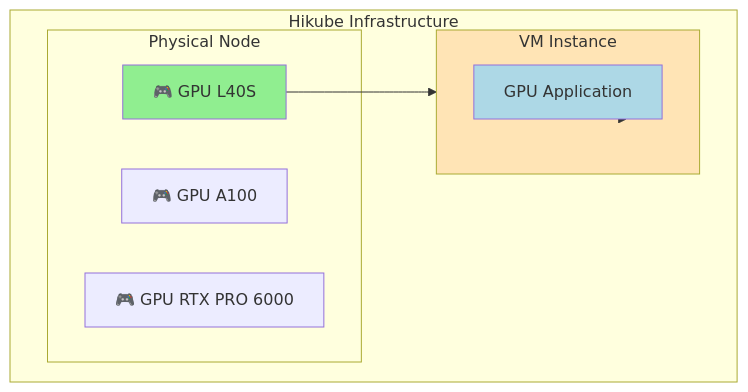
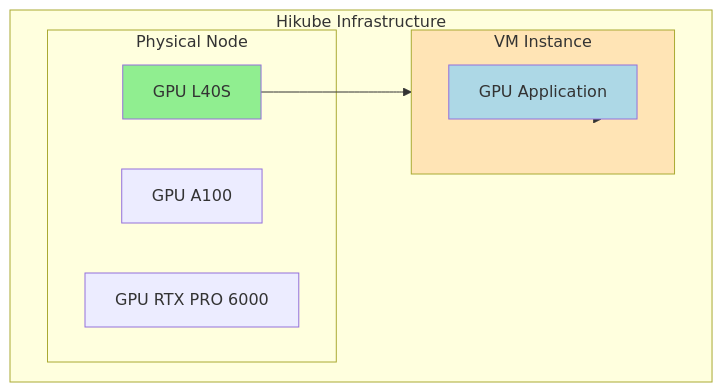
One commit to HidoraSwiss/hikube-public-doc changed the first of 2 diagrams in i18n/en/docusaurus-plugin-content-docs/current/services/gpu/overview.md. Above: the diagram before and after it, drawn with Mermaid. The commit also changed other lines of this file and 142 other files, not shown here.

First line of the commit message:
docs: retirer tous les emojis (titres, encadrés, tableaux, diagrammes)

````diff
--- a/i18n/en/docusaurus-plugin-content-docs/current/services/gpu/overview.md
+++ b/i18n/en/docusaurus-plugin-content-docs/current/services/gpu/overview.md
@@ -71,21 +71,21 @@
 ```mermaid
 flowchart TD
     subgraph HIKUBE["Hikube Infrastructure"]
         subgraph NODE["Physical Node"]
-            GPU1["🎮 GPU L40S"]
-            GPU2["🎮 GPU A100"]
-            GPU3["🎮 GPU RTX PRO 6000"]
+            GPU1["GPU L40S"]
+            GPU2["GPU A100"]
+            GPU3["GPU RTX PRO 6000"]
         end
         
         subgraph VM1["VM Instance"]
             APP1["GPU Application"]
         end
     end
     
     GPU1 --> VM1
     VM1 --> APP1
     
     style GPU1 fill:#90EE90
     style VM1 fill:#FFE4B5
     style APP1 fill:#ADD8E6
 ```
````
